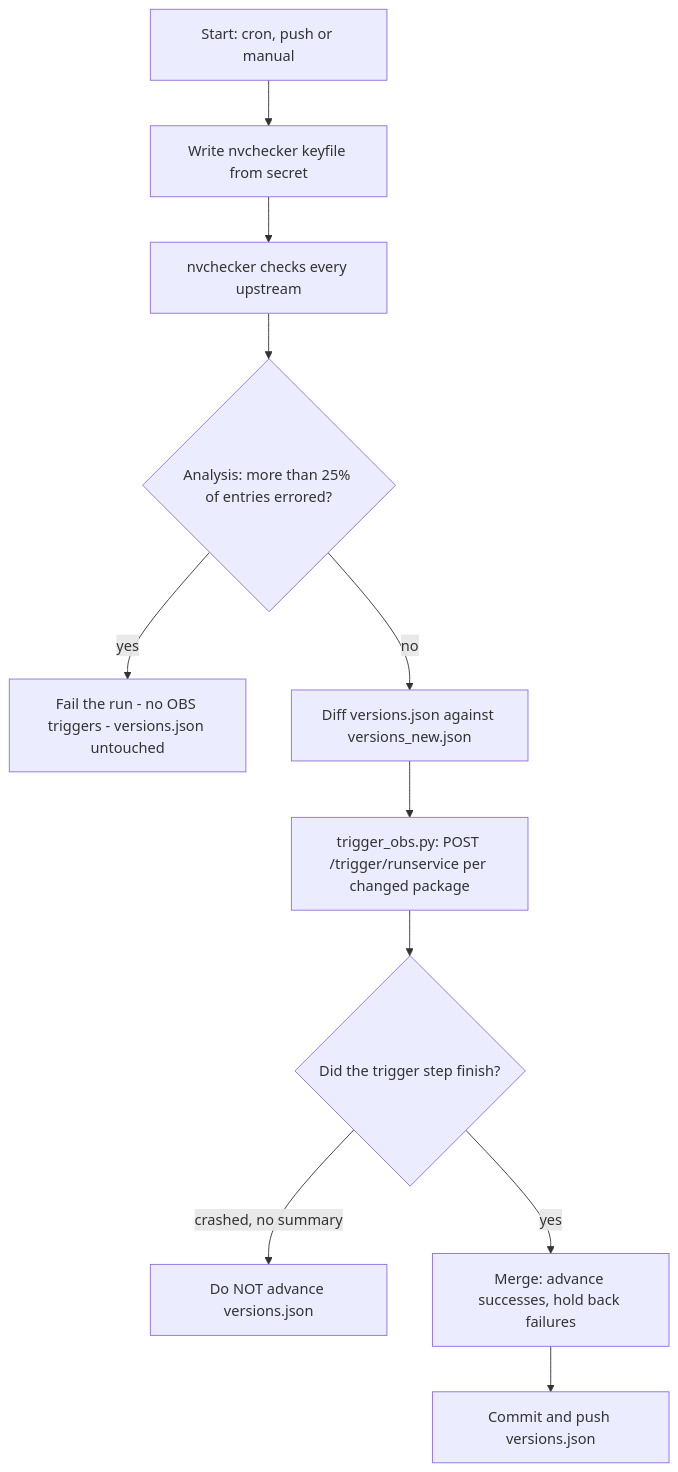
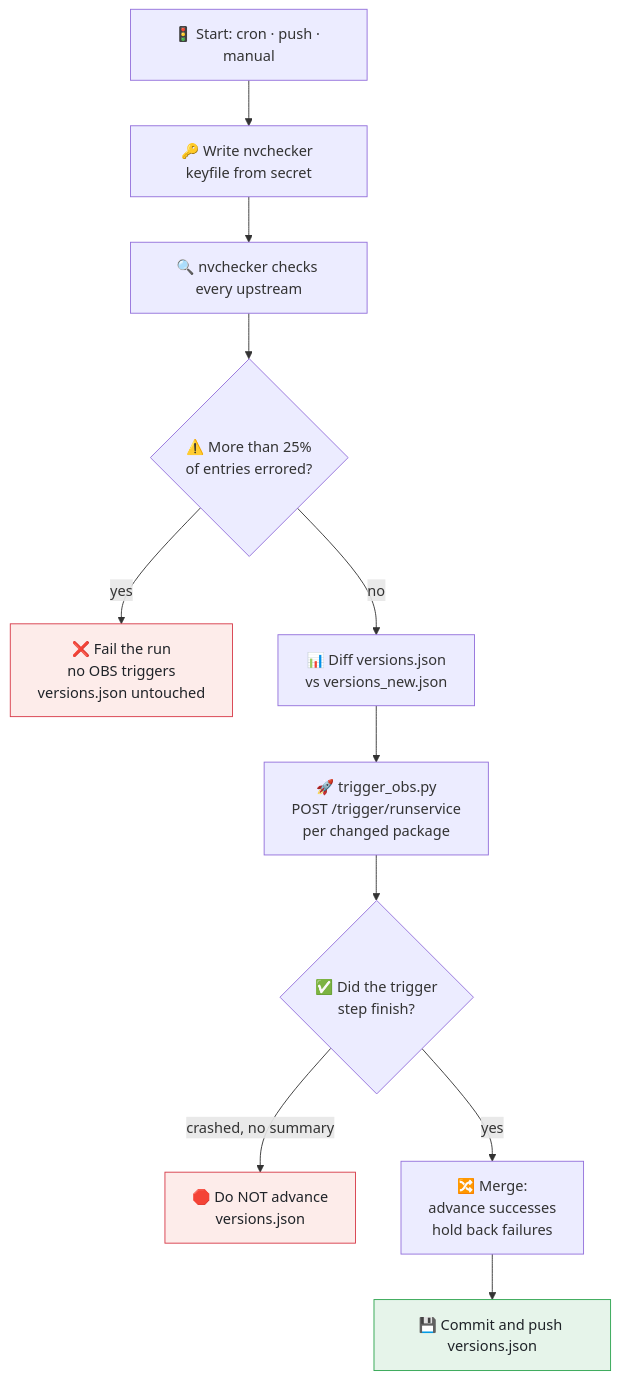
The second of 2 diagrams in README.md (itachi-re/obs-auto-trigger), drawn with Mermaid before and after one commit. The commit also changed other lines of this file, not shown here.

````diff
--- a/README.md
+++ b/README.md
@@ -83,13 +94,18 @@
 ```mermaid
 flowchart TD
-    S["Start: cron, push or manual"] --> K["Write nvchecker keyfile from secret"]
-    K --> N["nvchecker checks every upstream"]
-    N --> A{"Analysis: more than 25% of entries errored?"}
-    A -- "yes" --> F1["Fail the run - no OBS triggers - versions.json untouched"]
-    A -- "no" --> D["Diff versions.json against versions_new.json"]
-    D --> T["trigger_obs.py: POST /trigger/runservice per changed package"]
-    T --> C{"Did the trigger step finish?"}
-    C -- "crashed, no summary" --> F2["Do NOT advance versions.json"]
-    C -- "yes" --> M["Merge: advance successes, hold back failures"]
-    M --> G["Commit and push versions.json"]
+    S["🚦 Start: cron · push · manual"] --> K["🔑 Write nvchecker keyfile from secret"]
+    K --> N["🔍 nvchecker checks every upstream"]
+    N --> A{"⚠️ More than 25%<br/>of entries errored?"}
+    A -->|yes| F1["❌ Fail the run<br/>no OBS triggers<br/>versions.json untouched"]
+    A -->|no| D["📊 Diff versions.json<br/>vs versions_new.json"]
+    D --> T["🚀 trigger_obs.py<br/>POST /trigger/runservice<br/>per changed package"]
+    T --> C{"✅ Did the trigger<br/>step finish?"}
+    C -->|crashed, no summary| F2["🛑 Do NOT advance<br/>versions.json"]
+    C -->|yes| M["🔀 Merge:<br/>advance successes<br/>hold back failures"]
+    M --> G["💾 Commit and push versions.json"]
+
+    classDef bad fill:#fdecea,stroke:#d73a49,color:#1f2328
+    classDef good fill:#e6f4ea,stroke:#2da44e,color:#1f2328
+    class F1,F2 bad
+    class G good
 ```
````
